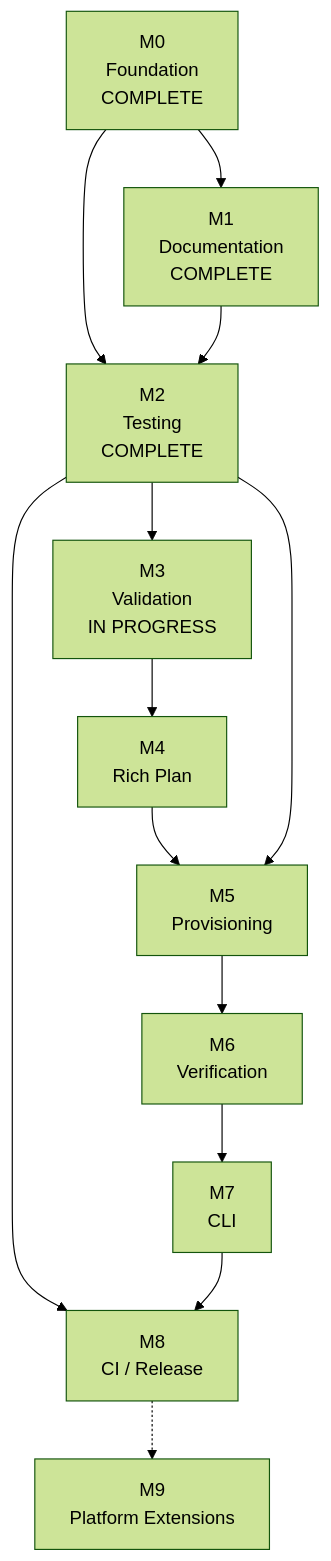
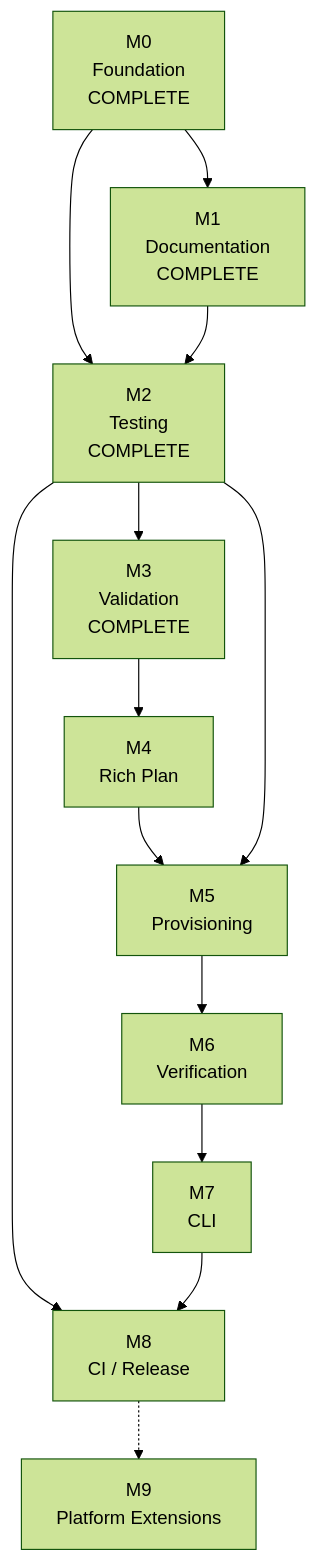
One commit to ChrisLThompson/CareerOS.Bootstrap changed the diagram in Documentation/Roadmap/MILESTONES.md. Above: the diagram before and after it, drawn with Mermaid (forest theme). The commit also changed other lines of this file and 1 other file, not shown here.

Commit message:
docs: close m3 and advance roadmap to m4

````diff
--- a/Documentation/Roadmap/MILESTONES.md
+++ b/Documentation/Roadmap/MILESTONES.md
@@ -994,26 +1003,26 @@
 ```mermaid
 flowchart TD
     M0["M0<br/>Foundation<br/>COMPLETE"]
     M1["M1<br/>Documentation<br/>COMPLETE"]
     M2["M2<br/>Testing<br/>COMPLETE"]
-    M3["M3<br/>Validation<br/>IN PROGRESS"]
+    M3["M3<br/>Validation<br/>COMPLETE"]
     M4["M4<br/>Rich Plan"]
     M5["M5<br/>Provisioning"]
     M6["M6<br/>Verification"]
     M7["M7<br/>CLI"]
     M8["M8<br/>CI / Release"]
     M9["M9<br/>Platform Extensions"]
 
     M0 --> M1
     M0 --> M2
     M1 --> M2
     M2 --> M3
     M3 --> M4
     M4 --> M5
     M2 --> M5
     M5 --> M6
     M6 --> M7
     M2 --> M8
     M7 --> M8
     M8 -.-> M9
 ```
````
